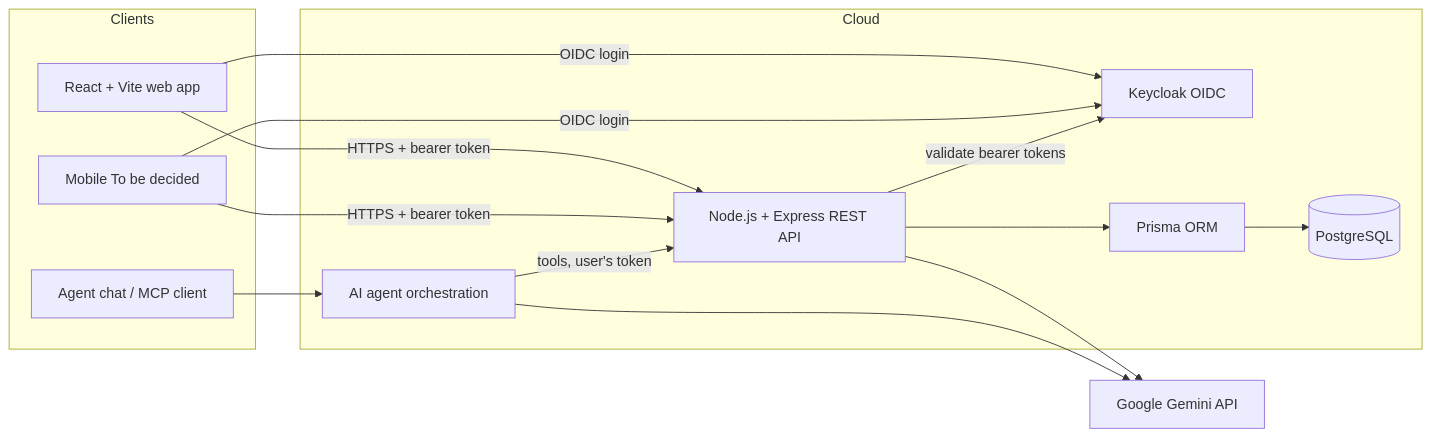
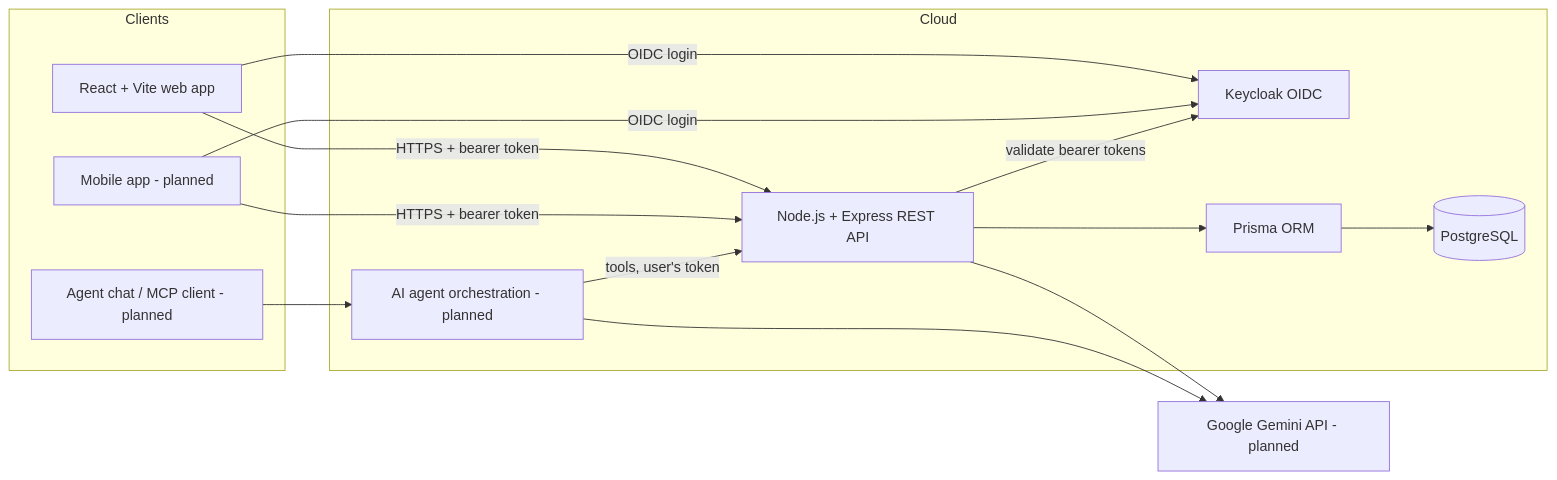
Before and after one commit to is-fri-2026/project-raph-oilhan: the first of 3 diagrams in docs/architecture.md, drawn with Mermaid. The commit also changed other lines of this file and 14 other files, not shown here.

Commit message:
feat: refactor architecture documentation and enhance pagination handling in repositories

````diff
--- a/docs/architecture.md
+++ b/docs/architecture.md
@@ -5,28 +8,28 @@
 ```mermaid
 flowchart LR
     subgraph Clients
         Web[React + Vite web app]
-        Mobile[Mobile To be decided]
-        AgentUI[Agent chat / MCP client]
+        Mobile[Mobile app - planned]
+        AgentUI[Agent chat / MCP client - planned]
     end
     subgraph Cloud
         API[Node.js + Express REST API]
-        Agent[AI agent orchestration]
+        Agent[AI agent orchestration - planned]
         Auth[Keycloak OIDC]
         ORM[Prisma ORM]
         DB[(PostgreSQL)]
     end
-    LLM[Google Gemini API]
+    LLM[Google Gemini API - planned]
 
     Web -->|HTTPS + bearer token| API
     Mobile -->|HTTPS + bearer token| API
     AgentUI --> Agent
     Agent -->|tools, user's token| API
     Web -->|OIDC login| Auth
     Mobile -->|OIDC login| Auth
     API -->|validate bearer tokens| Auth
     API --> ORM
     ORM --> DB
     API --> LLM
     Agent --> LLM
 ```
````
